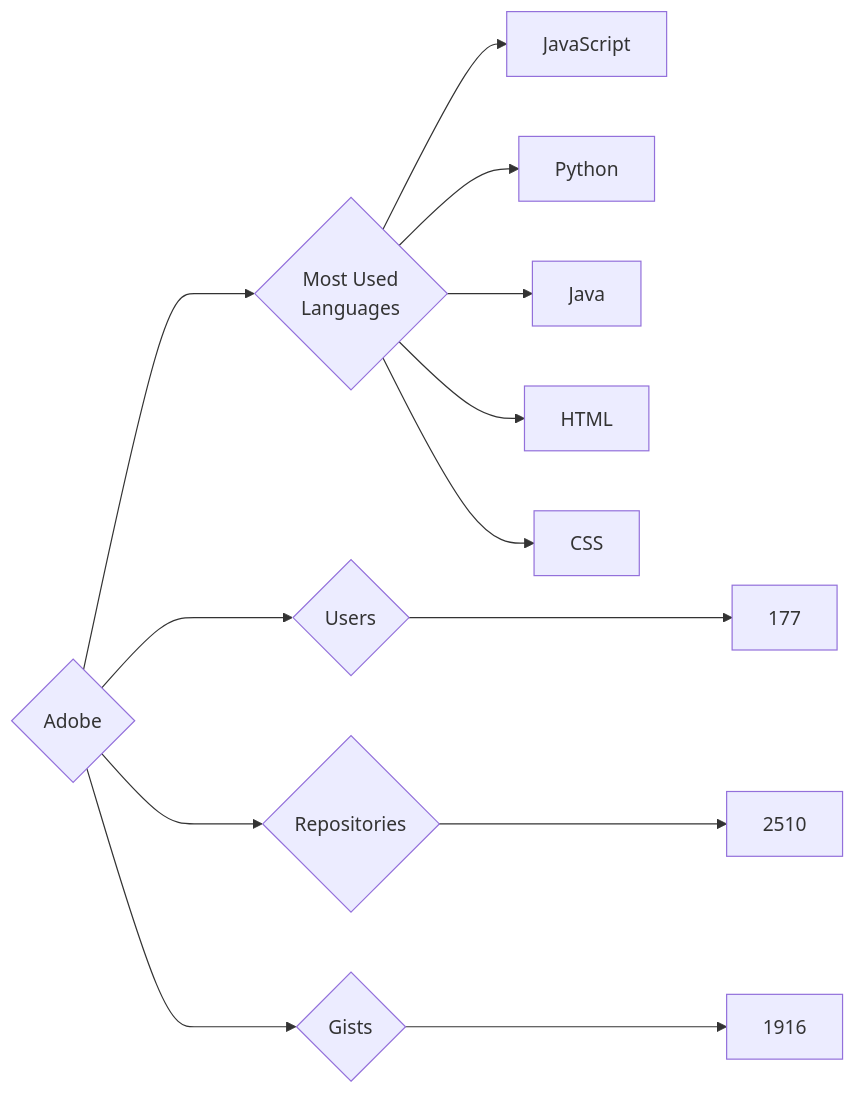
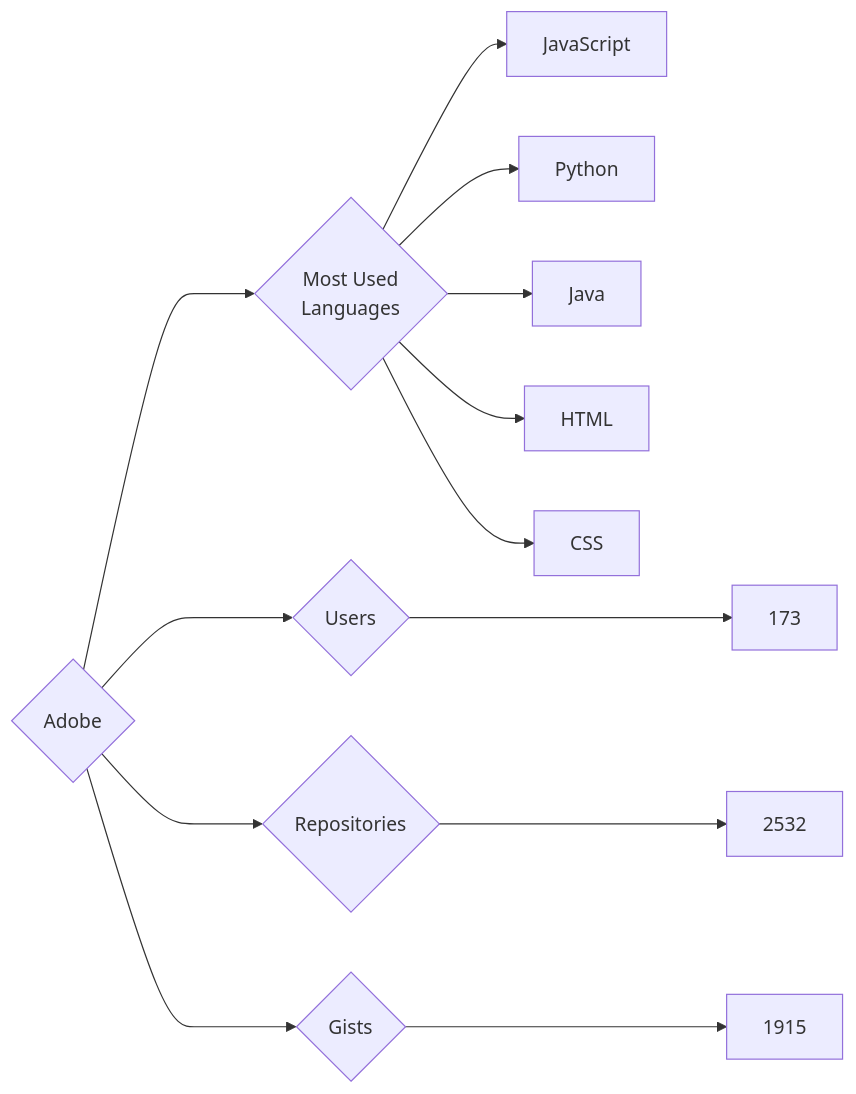
One commit to trickest/insiders changed the diagram in targets/Adobe/README.md. Above: the diagram before and after it, drawn with Mermaid. The commit also changed 1020 other files, not shown here.

````diff
--- a/targets/Adobe/README.md
+++ b/targets/Adobe/README.md
@@ -3,13 +3,13 @@
 ```mermaid
 graph LR
 COMPANY_NAME{Adobe}
-COMPANY_NAME ---> U{Users} ---> UN[177]
-COMPANY_NAME ---> R{Repositories} ---> RN[2510]
-COMPANY_NAME ---> G{Gists} ---> GN[1916]
+COMPANY_NAME ---> U{Users} ---> UN[173]
+COMPANY_NAME ---> R{Repositories} ---> RN[2532]
+COMPANY_NAME ---> G{Gists} ---> GN[1915]
 COMPANY_NAME ---> ML{Most Used<br>Languages}
 ML --> JavaScript[JavaScript]
 ML --> Python[Python]
 ML --> Java[Java]
 ML --> HTML[HTML]
 ML --> CSS[CSS]
 ```
````
